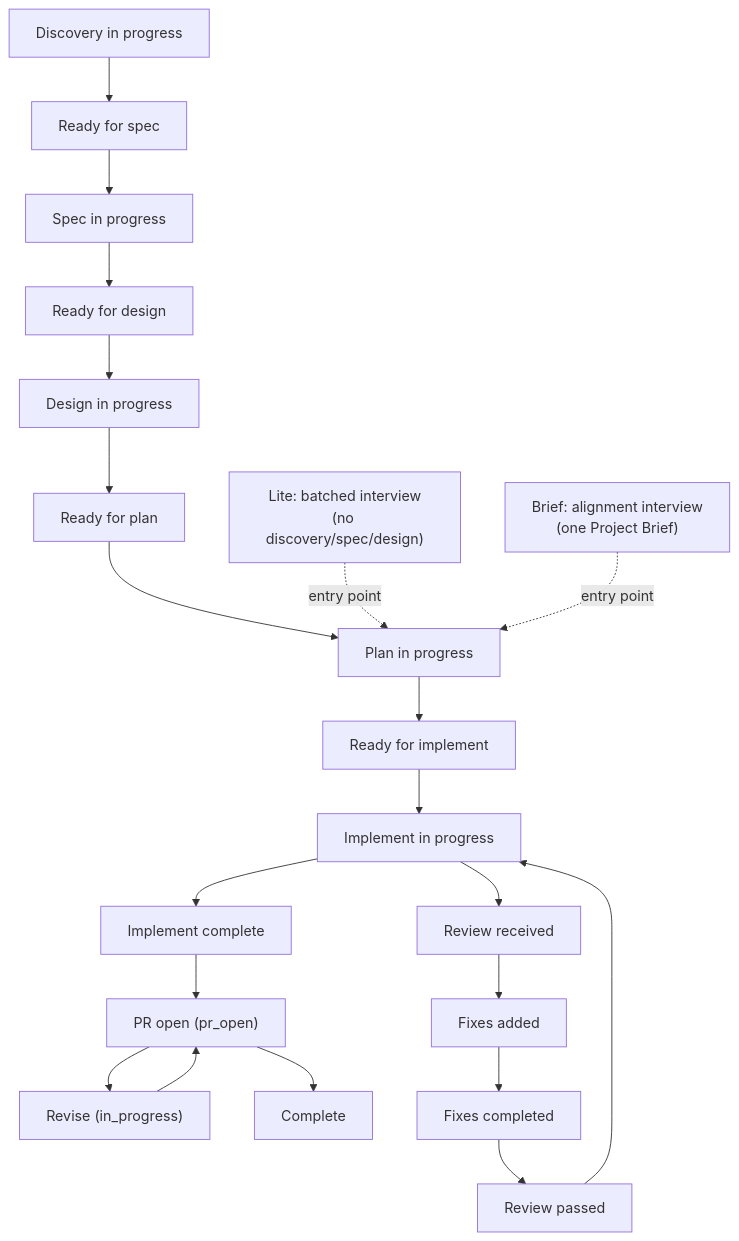
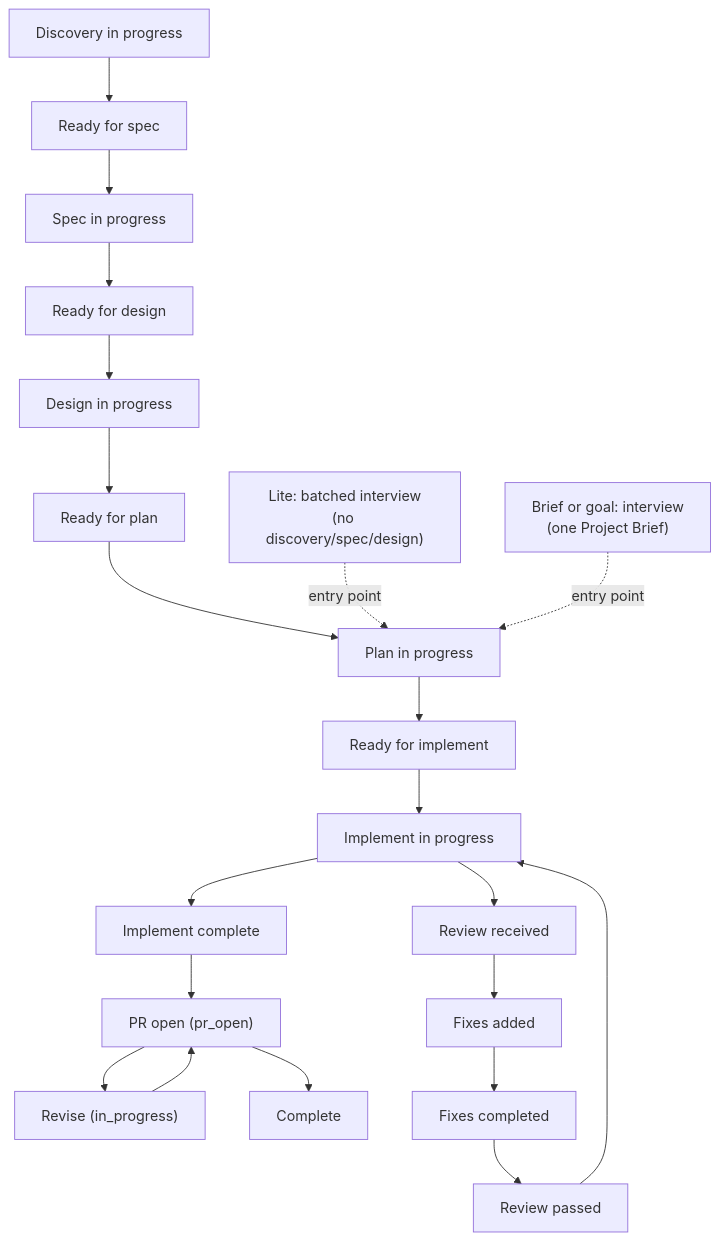
One commit to voxmedia/open-agent-toolkit changed the diagram in apps/oat-docs/docs/reference/project-state-machine.md. Above: the diagram before and after it, drawn with Mermaid. The commit also changed other lines of this file and 19 other files, not shown here.

First line of the commit message:
docs(p12-t03): goal workflow mode across docs, diagrams and workflow options

````diff
--- a/apps/oat-docs/docs/reference/project-state-machine.md
+++ b/apps/oat-docs/docs/reference/project-state-machine.md
@@ -25,21 +25,21 @@
     ```mermaid
     flowchart TD
       D["Discovery in progress"] --> RS["Ready for spec"]
       RS --> S["Spec in progress"] --> RD["Ready for design"]
       RD --> G["Design in progress"] --> RP["Ready for plan"]
       RP --> P["Plan in progress"] --> RI["Ready for implement"]
       RI --> I["Implement in progress"] --> IC["Implement complete"]
       IC --> PRO["PR open (pr_open)"]
       PRO --> REV["Revise (in_progress)"]
       REV --> PRO
       PRO --> C["Complete"]
 
       I --> RV["Review received"]
       RV --> FA["Fixes added"]
       FA --> FC["Fixes completed"]
       FC --> PASSED["Review passed"]
       PASSED --> I
 
       LITE["Lite: batched interview\n(no discovery/spec/design)"] -. entry point .-> P
-      BRIEF["Brief: alignment interview\n(one Project Brief)"] -. entry point .-> P
+      BRIEF["Brief or goal: interview\n(one Project Brief)"] -. entry point .-> P
     ```
````
